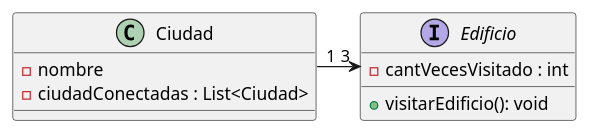
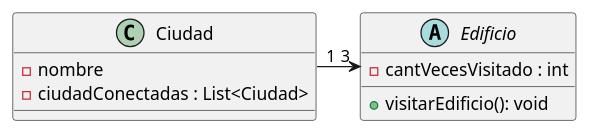
One commit to SeleneMartinez/Algo3_AlgoThief changed the diagram in diagrams/classes/dc_ciudad.plantuml. Above: the diagram before and after it, drawn with PlantUML. The commit also changed 6 other files, not shown here.

```diff
--- a/diagrams/classes/dc_ciudad.plantuml
+++ b/diagrams/classes/dc_ciudad.plantuml
@@ -1,14 +1,14 @@
 @startuml
 class Ciudad
 {
     - nombre
     - ciudadConectadas : List<Ciudad>
 }
-interface Edificio
+abstract Edificio
 {
     -cantVecesVisitado : int
     + visitarEdificio(): void
 }
 
 Ciudad "1"-> "3"  Edificio
 @enduml
```
